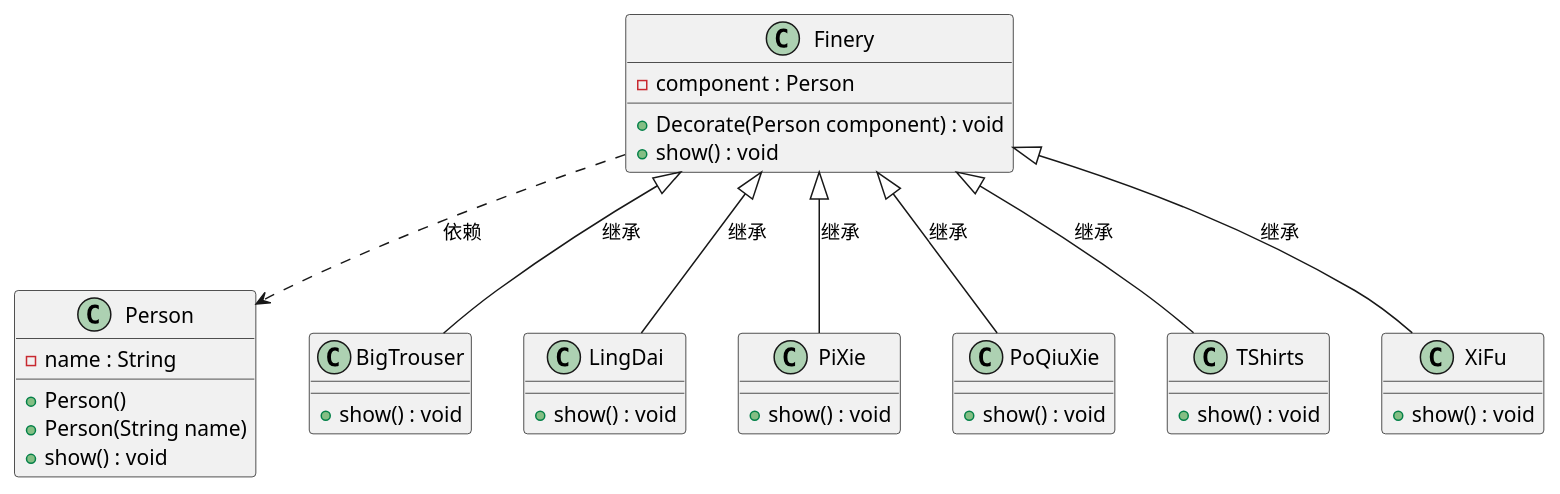
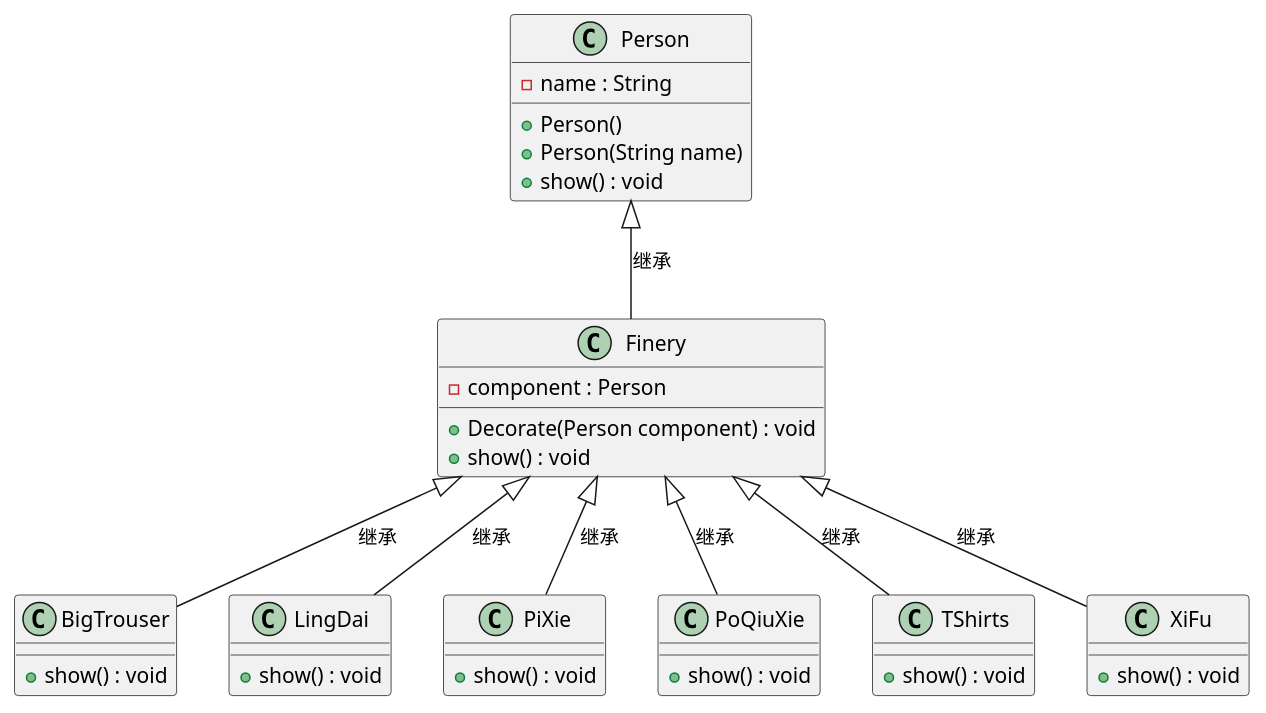
Before and after one commit to gerrywen/java-learn: the diagram in dahua-design/src/main/java/ch06_01/装饰者模式.puml, drawn with PlantUML.

Commit message:
装饰者模式

```diff
--- a/dahua-design/src/main/java/ch06_01/装饰者模式.puml
+++ b/dahua-design/src/main/java/ch06_01/装饰者模式.puml
@@ -1,49 +1,49 @@
 @startuml
 class Person {
     - name : String
     +  Person()
     + Person(String name)
     + show() : void
 }
 
 class Finery {
     - component : Person
     + Decorate(Person component) : void
     + show() : void
 }
 
 class BigTrouser {
     + show() : void
 }
 
 class LingDai {
     + show() : void
 }
 
 
 class PiXie {
     + show() : void
 }
 
 class PoQiuXie {
     + show() : void
 }
 
 
 class TShirts {
     + show() : void
 }
 
 class XiFu {
     + show() : void
 }
 
-Finery ..> Person  : 依赖
+Person <|-- Finery   : 继承
 Finery <|-- BigTrouser  : 继承
 Finery <|-- LingDai  : 继承
 Finery <|-- PiXie  : 继承
 Finery <|-- PoQiuXie  : 继承
 Finery <|-- TShirts  : 继承
 Finery <|-- XiFu  : 继承
 
 @enduml
```
